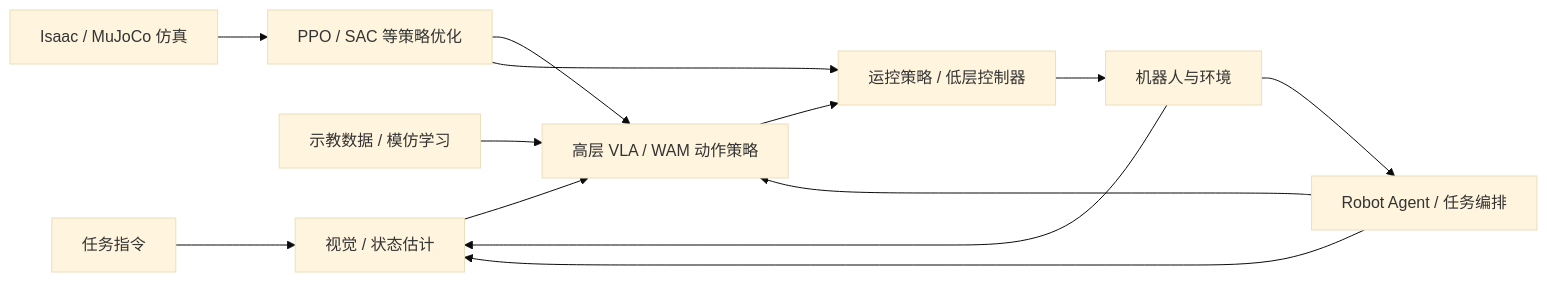
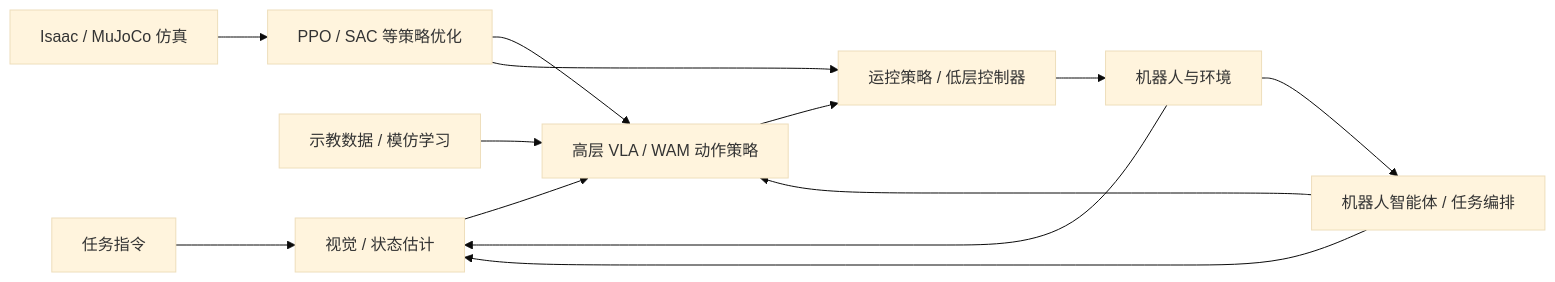
One commit to zengxiong111/Foundation_of_Embodied_AI changed the diagram in syllabus/COURSE_MAP_ZH.md. Above: the diagram before and after it, drawn with Mermaid (base theme). The commit also changed other lines of this file and 3 other files, not shown here.

````diff
--- a/syllabus/COURSE_MAP_ZH.md
+++ b/syllabus/COURSE_MAP_ZH.md
@@ -31,15 +31,15 @@
 ```mermaid
 flowchart LR
  A["任务指令"] --> B["视觉 / 状态估计"]
  B --> C["高层 VLA / WAM 动作策略"]
  C --> D["运控策略 / 低层控制器"]
  D --> E["机器人与环境"]
  E --> B
  F["示教数据 / 模仿学习"] --> C
  G["Isaac / MuJoCo 仿真"] --> H["PPO / SAC 等策略优化"]
  H --> C
  H --> D
- X["Robot Agent / 任务编排"] --> B
+ X["机器人智能体 / 任务编排"] --> B
  X --> C
  E --> X
 ```
````
